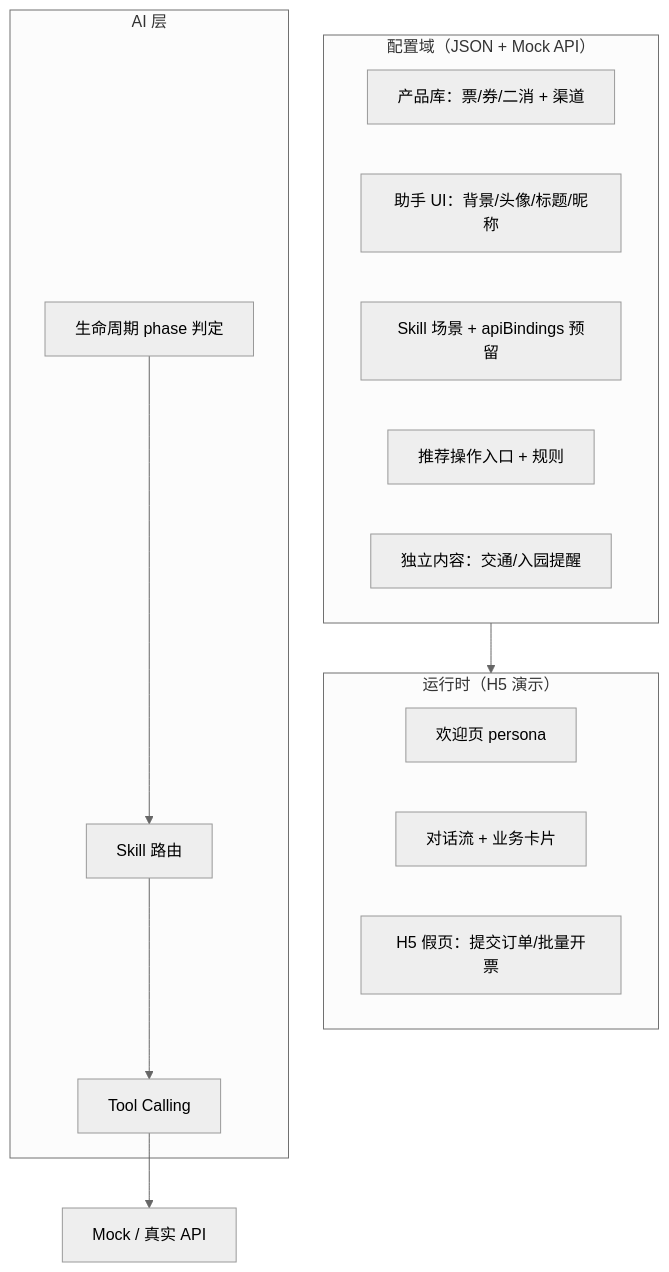
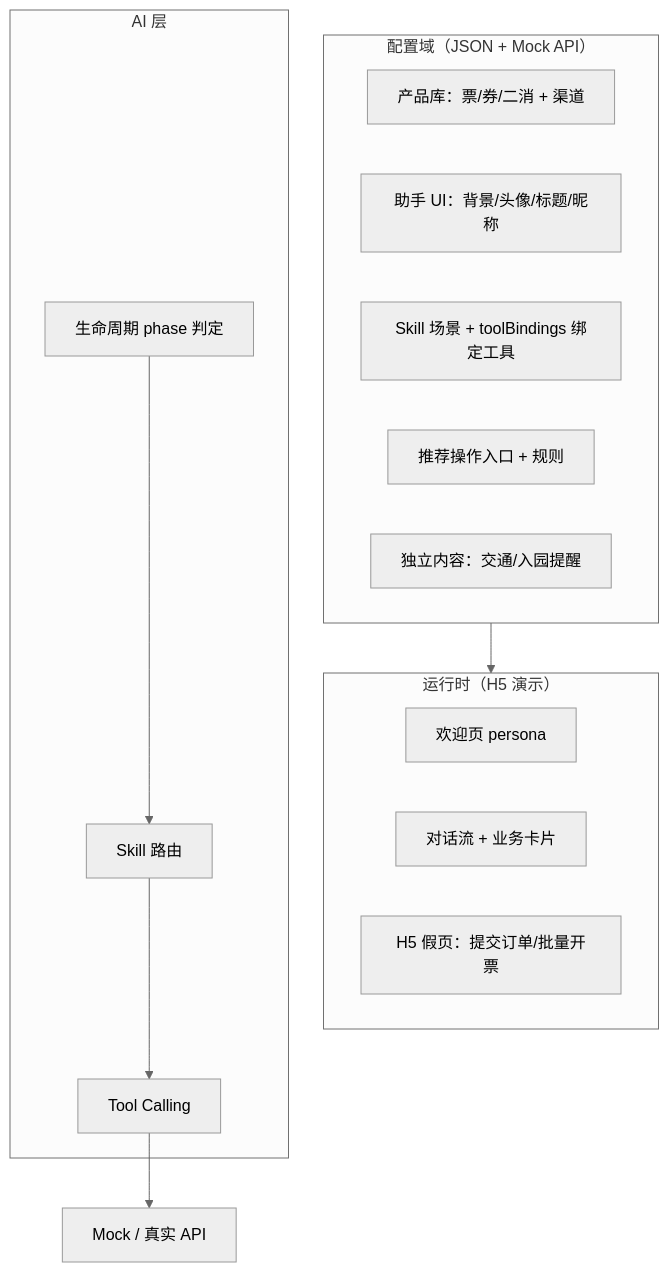
One commit to nannan0410/AI_Service changed the diagram in docs/AI景区智能聊天助手-落地计划.md. Above: the diagram before and after it, drawn with Mermaid (neutral theme). The commit also changed other lines of this file and 8 other files, not shown here.

````diff
--- a/docs/AI景区智能聊天助手-落地计划.md
+++ b/docs/AI景区智能聊天助手-落地计划.md
@@ -83,27 +83,27 @@
 ```mermaid
 flowchart TB
   subgraph Config["配置域（JSON + Mock API）"]
     P[产品库：票/券/二消 + 渠道]
     UI[助手 UI：背景/头像/标题/昵称]
-    S[Skill 场景 + apiBindings 预留]
+    S[Skill 场景 + toolBindings 绑定工具]
     E[推荐操作入口 + 规则]
     CMS[独立内容：交通/入园提醒]
   end
 
   subgraph Runtime["运行时（H5 演示）"]
     W[欢迎页 persona]
     Chat[对话流 + 业务卡片]
     Jump[H5 假页：提交订单/批量开票]
   end
 
   subgraph AI["AI 层"]
     Phase[生命周期 phase 判定]
     SkillRouter[Skill 路由]
     Tools[Tool Calling]
   end
 
   Config --> Runtime
   Phase --> SkillRouter
   SkillRouter --> Tools
   Tools --> MockAPI[Mock / 真实 API]
 ```
````
